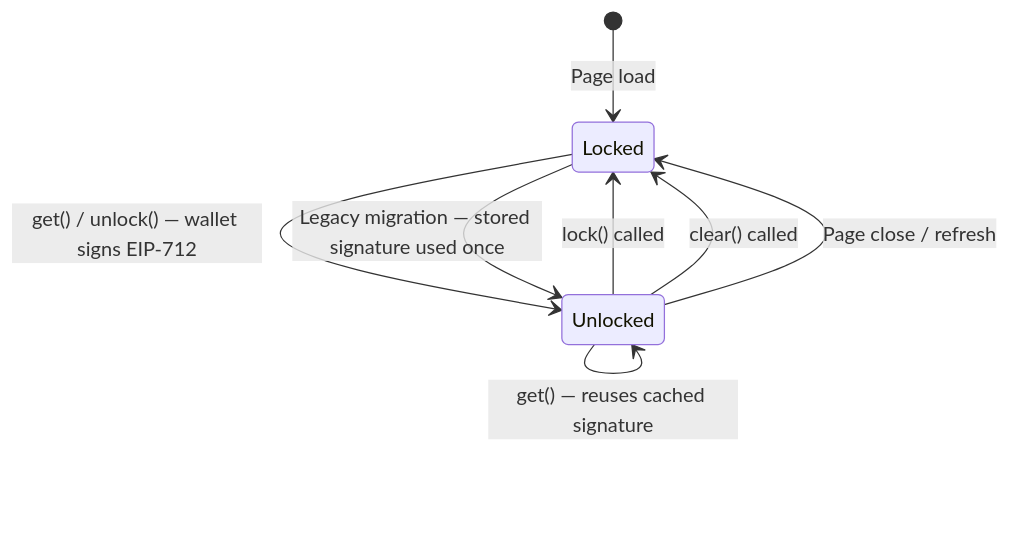
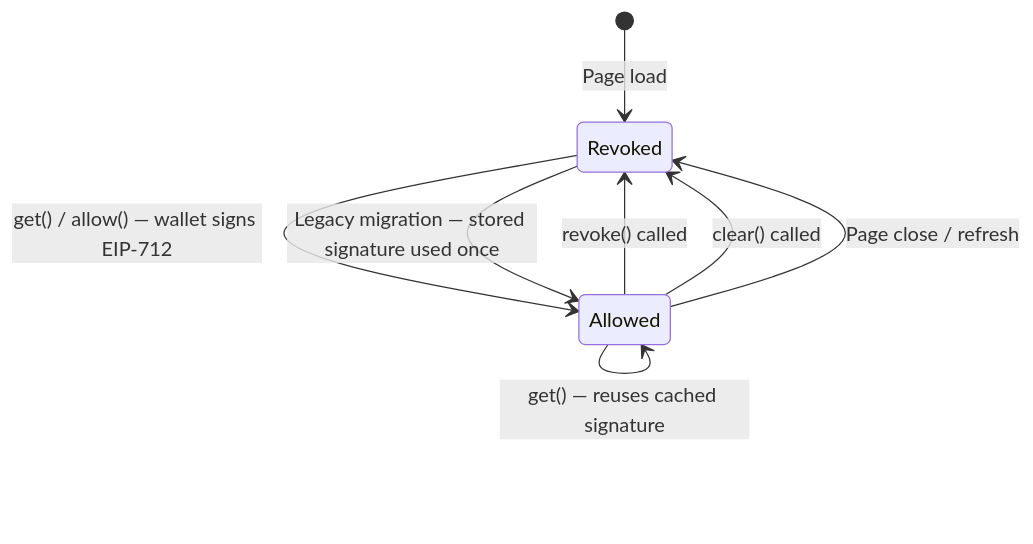
Before and after one commit to zama-ai/sdk: the fifth of 16 diagrams in docs/encryption-architecture.md, drawn with Mermaid. The commit also changed 30 other files, not shown here.

First line of the commit message:
feat: rename credential API to allow/revoke/isAllowed with rest params

````diff
--- a/docs/encryption-architecture.md
+++ b/docs/encryption-architecture.md
@@ -117,13 +117,13 @@
 ```mermaid
 stateDiagram-v2
-    [*] --> Locked: Page load
+    [*] --> Revoked: Page load
 
-    Locked --> Unlocked: get() / unlock() — wallet signs EIP-712
-    Locked --> Unlocked: Legacy migration — stored signature used once
+    Revoked --> Allowed: get() / allow() — wallet signs EIP-712
+    Revoked --> Allowed: Legacy migration — stored signature used once
 
-    Unlocked --> Locked: lock() called
-    Unlocked --> Locked: clear() called
-    Unlocked --> Locked: Page close / refresh
+    Allowed --> Revoked: revoke() called
+    Allowed --> Revoked: clear() called
+    Allowed --> Revoked: Page close / refresh
 
-    Unlocked --> Unlocked: get() — reuses cached signature
+    Allowed --> Allowed: get() — reuses cached signature
 ```
````
